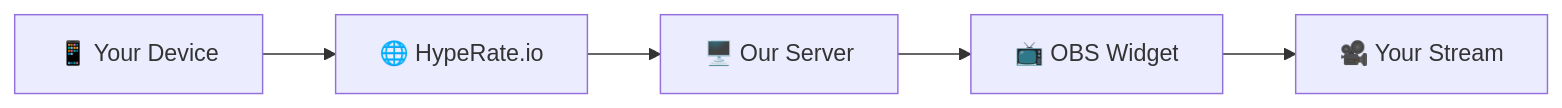
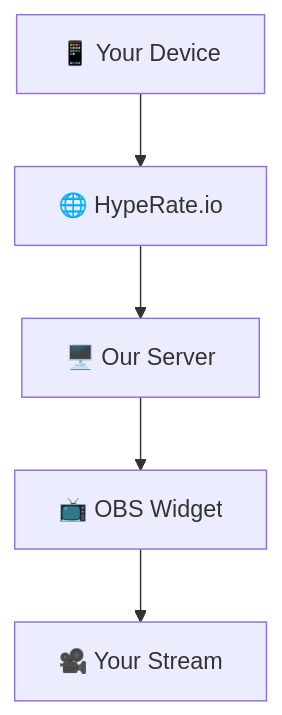
The diagram in README.md (Serpensin/HypeRate-hide), drawn with Mermaid before and after one commit.

Commit message:
Fix diagram flow direction in "How It Works" section of README

````diff
--- a/README.md
+++ b/README.md
@@ -44,7 +44,7 @@
 ```mermaid
-graph LR
+flowchart TD
     A[📱 Your Device] --> B[🌐 HypeRate.io]
     B --> C[🖥️ Our Server]
     C --> D[📺 OBS Widget]
     D --> E[🎥 Your Stream]
 ```
````
